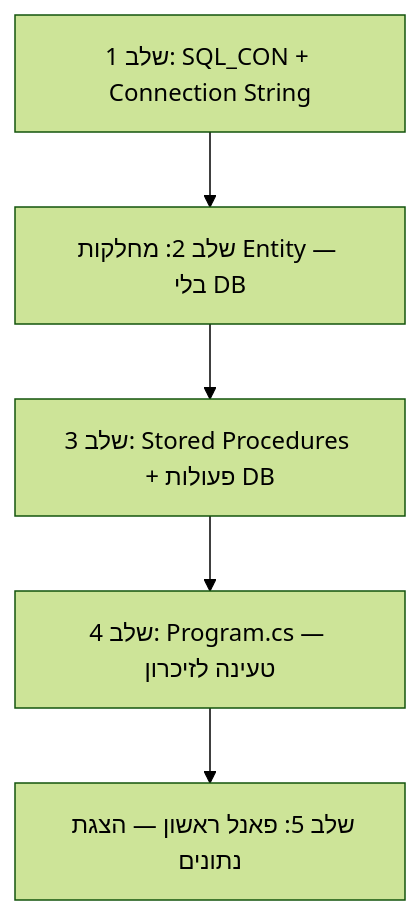
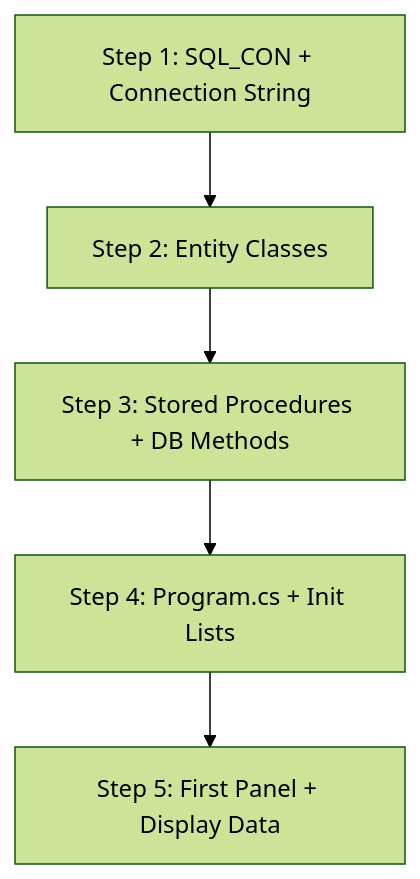
Before and after one commit to dcodish/SAD-sample-project: the diagram in docs/06-development-order.md, drawn with Mermaid (forest theme). The commit also changed other lines of this file, not shown here.

Commit message:
Fix BiDi rendering - English labels in Mermaid, Hebrew in table

````diff
--- a/docs/06-development-order.md
+++ b/docs/06-development-order.md
@@ -8,7 +8,7 @@
 ```mermaid
 flowchart TD
-    A["שלב 1: SQL_CON + Connection String"] --> B["שלב 2: מחלקות Entity — בלי DB"]
-    B --> C["שלב 3: Stored Procedures + פעולות DB"]
-    C --> D["שלב 4: Program.cs — טעינה לזיכרון"]
-    D --> E["שלב 5: פאנל ראשון — הצגת נתונים"]
+    A["Step 1: SQL_CON + Connection String"] --> B["Step 2: Entity Classes"]
+    B --> C["Step 3: Stored Procedures + DB Methods"]
+    C --> D["Step 4: Program.cs + Init Lists"]
+    D --> E["Step 5: First Panel + Display Data"]
 ```
````
